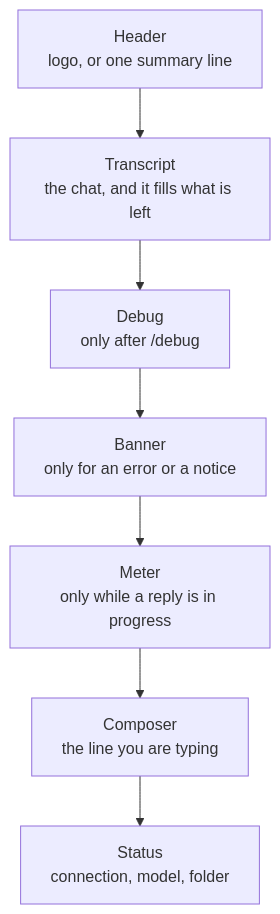
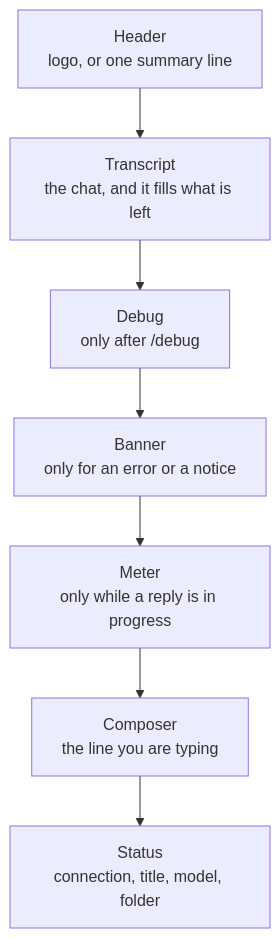
One commit to MilanPavel/golem changed the fifth of 6 diagrams in docs/architecture.md. Above: the diagram before and after it, drawn with Mermaid. The commit also changed other lines of this file and 18 other files, not shown here.

````diff
--- a/docs/architecture.md
+++ b/docs/architecture.md
@@ -305,11 +305,11 @@
 ```mermaid
 flowchart TB
   header["Header<br>logo, or one summary line"]
   body["Transcript<br>the chat, and it fills what is left"]
   debug["Debug<br>only after /debug"]
   banner["Banner<br>only for an error or a notice"]
   meter["Meter<br>only while a reply is in progress"]
   composer["Composer<br>the line you are typing"]
-  status["Status<br>connection, model, folder"]
+  status["Status<br>connection, title, model, folder"]
   header --> body --> debug --> banner --> meter --> composer --> status
 ```
````
